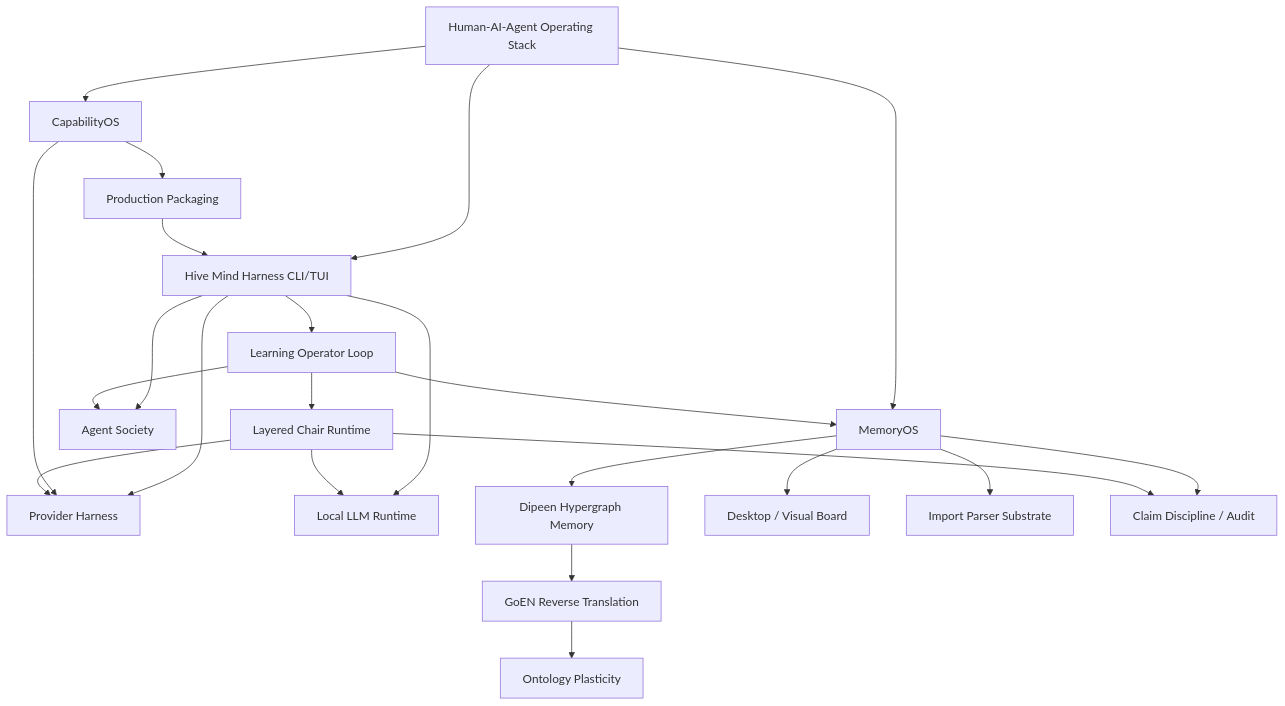
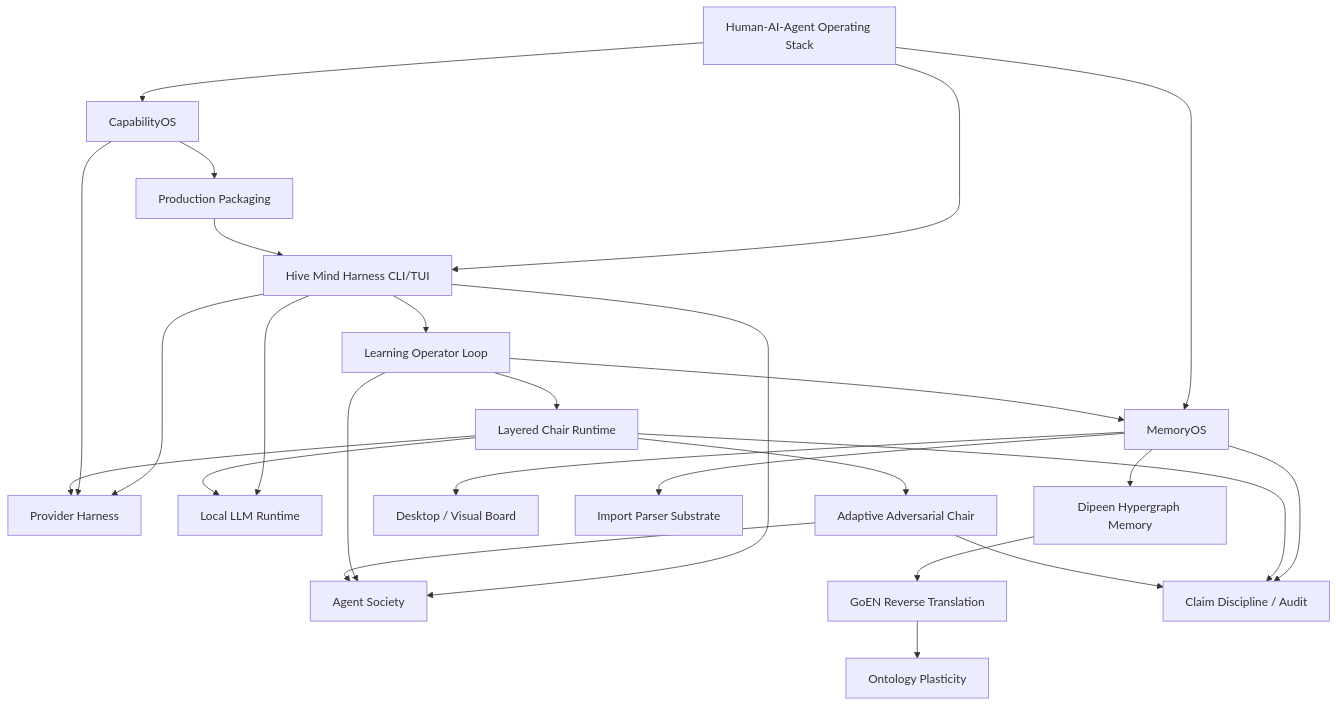
Before and after one commit to cjw0076/hivemind: the diagram in docs/VISION_GRAPH.md, drawn with Mermaid. The commit also changed other lines of this file and 7 other files, not shown here.

First line of the commit message:
Update design specs, TODO, and session comms for adversarial chair layer

````diff
--- a/docs/VISION_GRAPH.md
+++ b/docs/VISION_GRAPH.md
@@ -7,42 +7,46 @@
 ```mermaid
 graph TD
   V0[Human-AI-Agent Operating Stack]
   V1[MemoryOS]
   V2[CapabilityOS]
   V3[Hive Mind Harness CLI/TUI]
   V4[Provider Harness]
   V5[Local LLM Runtime]
   V6[Agent Society]
   V7[Dipeen Hypergraph Memory]
   V8[GoEN Reverse Translation]
   V9[Ontology Plasticity]
   V10[Desktop / Visual Board]
   V11[Import Parser Substrate]
   V12[Claim Discipline / Audit]
   V13[Production Packaging]
   V14[Learning Operator Loop]
   V15[Layered Chair Runtime]
+  V16[Adaptive Adversarial Chair]
 
   V0 --> V1
   V0 --> V2
   V0 --> V3
   V3 --> V4
   V3 --> V5
   V3 --> V6
   V1 --> V11
   V1 --> V12
   V1 --> V7
   V2 --> V4
   V2 --> V13
   V3 --> V14
   V14 --> V1
   V14 --> V6
   V14 --> V15
   V15 --> V4
   V15 --> V5
   V15 --> V12
+  V15 --> V16
+  V16 --> V6
+  V16 --> V12
   V7 --> V8
   V8 --> V9
   V1 --> V10
   V13 --> V3
 ```
````
